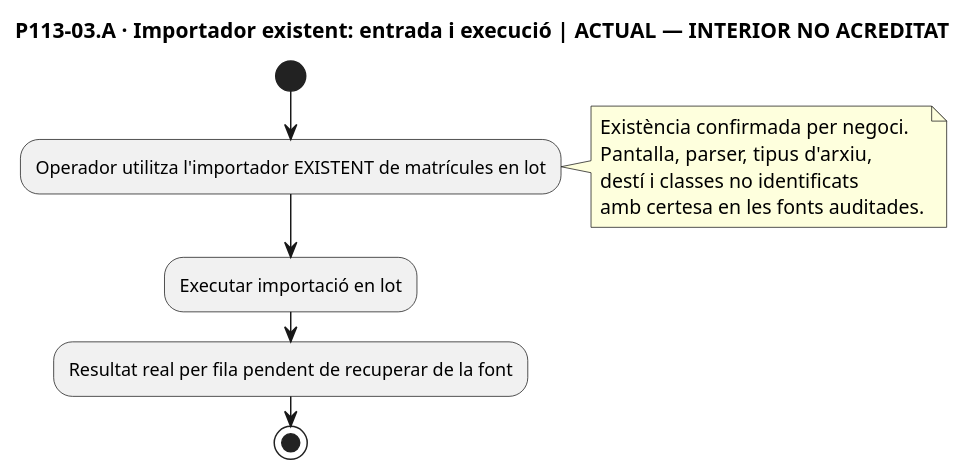
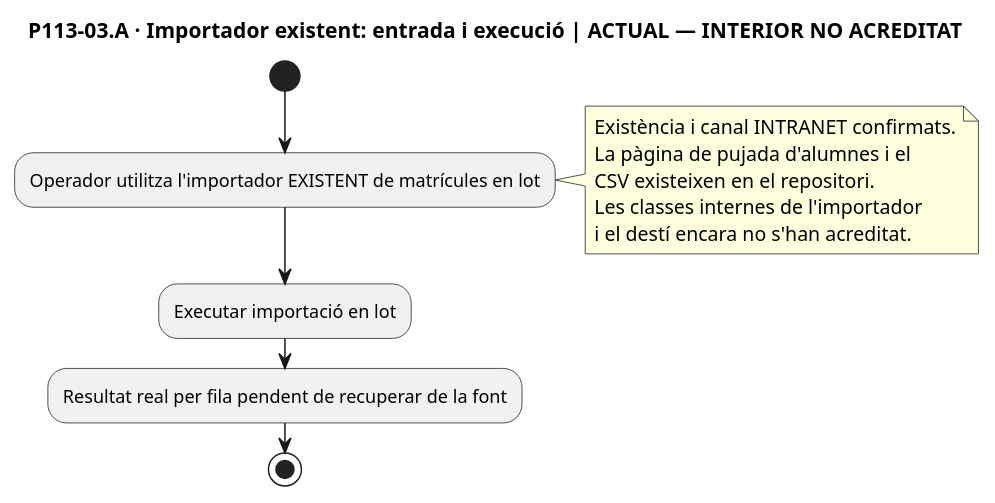
Before and after one commit to orgmeriemprismacat-del/verifactu: the ninth of 14 diagrams in documentacio/07-uml-integrat/uc-113-activitats-alta-manual-i-importador-lot.md, drawn with PlantUML. The commit also changed other lines of this file, not shown here.

Commit message:
docs: intranet is the confirmed location of batch matriculation import

````diff
--- a/documentacio/07-uml-integrat/uc-113-activitats-alta-manual-i-importador-lot.md
+++ b/documentacio/07-uml-integrat/uc-113-activitats-alta-manual-i-importador-lot.md
@@ -197,16 +197,17 @@
 ```plantuml
 @startuml
 title P113-03.A · Importador existent: entrada i execució | ACTUAL — INTERIOR NO ACREDITAT
 start
 :Operador utilitza l'importador EXISTENT de matrícules en lot;
 note right
-  Existència confirmada per negoci.
-  Pantalla, parser, tipus d'arxiu,
-  destí i classes no identificats
-  amb certesa en les fonts auditades.
+  Existència i canal INTRANET confirmats.
+  La pàgina de pujada d'alumnes i el
+  CSV existeixen en el repositori.
+  Les classes internes de l'importador
+  i el destí encara no s'han acreditat.
 end note
 :Executar importació en lot;
 :Resultat real per fila pendent de recuperar de la font;
 stop
 @enduml
 ```
````
